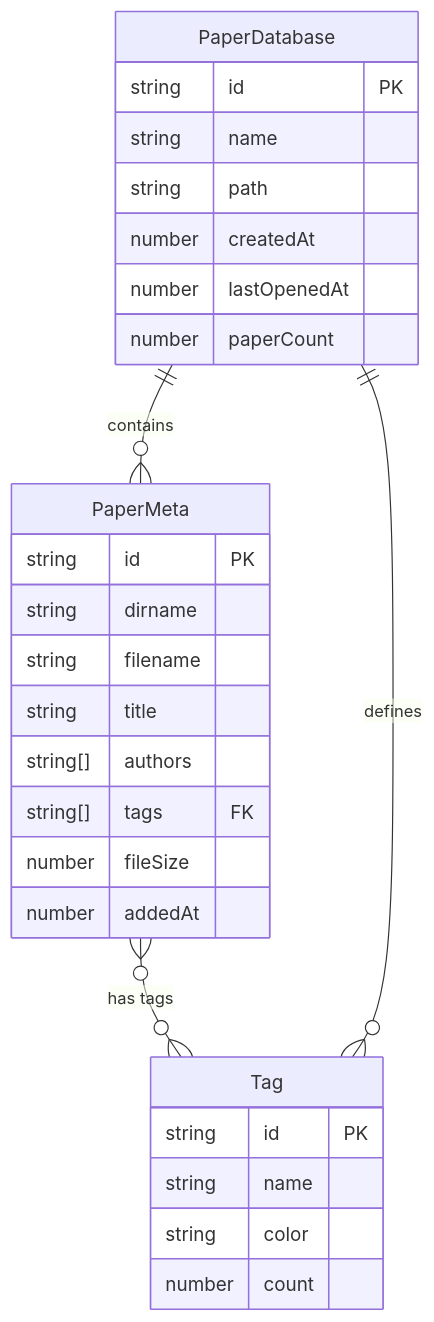
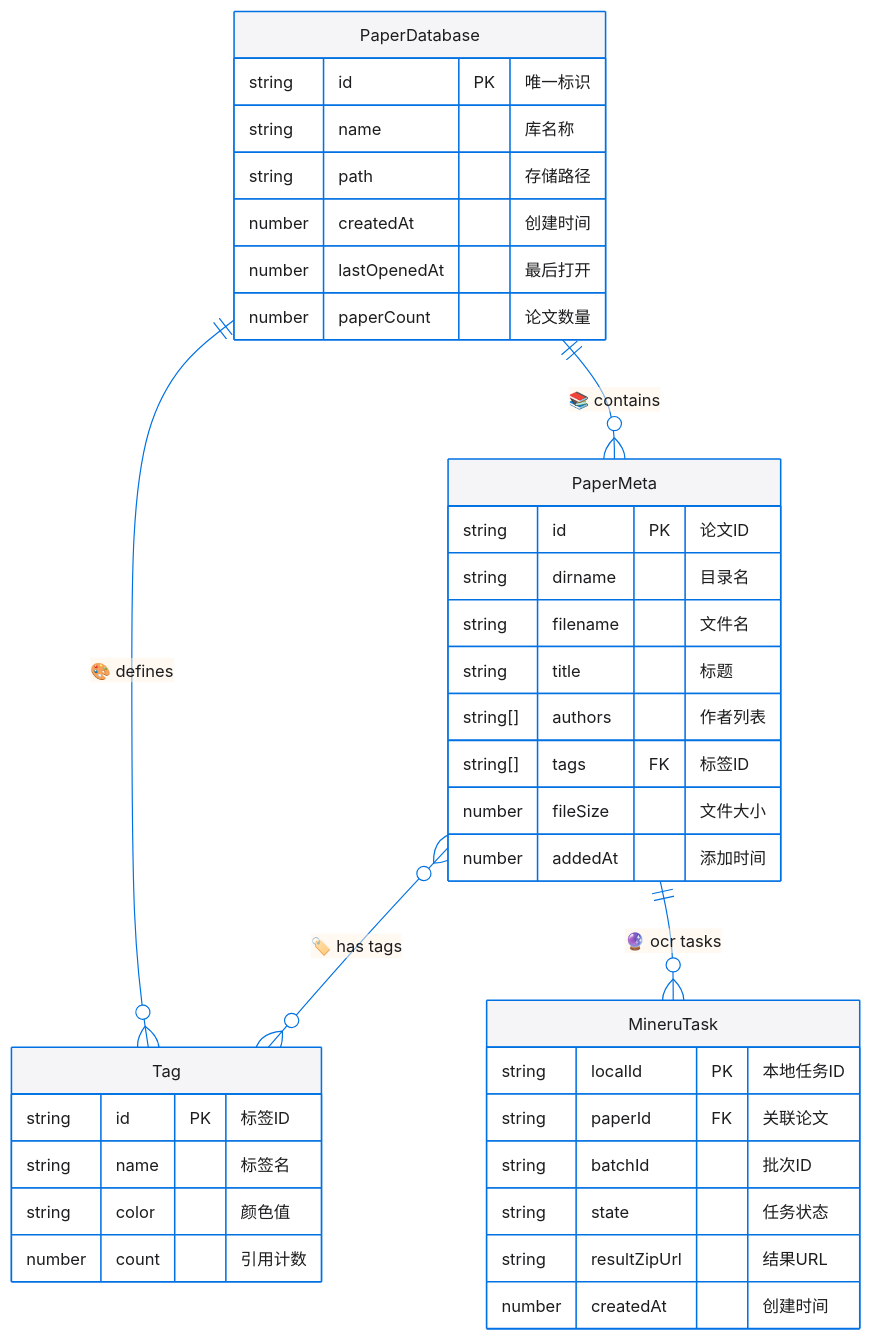
The third of 13 diagrams in docs/Wiki/wiki.md (zhaowendao2005/Prisim-PaperLib---ProjectFolder), drawn with Mermaid before and after one commit. The commit also changed other lines of this file and 2 other files, not shown here.

First line of the commit message:
集成 MinerU OCR 功能,新增任务管理和进度监控

````diff
--- a/docs/Wiki/wiki.md
+++ b/docs/Wiki/wiki.md
@@ -241,33 +414,44 @@
 ```mermaid
+%%{init: {'theme':'base', 'themeVariables': { 'primaryColor':'#f5f5f7','primaryTextColor':'#1d1d1f','primaryBorderColor':'#0071e3','lineColor':'#0071e3','secondaryColor':'#e8f4fd','tertiaryColor':'#fff4e6','fontSize':'14px','fontFamily':'SF Pro Text, -apple-system, sans-serif'}}}%%
 erDiagram
-    PaperDatabase ||--o{ PaperMeta : contains
-    PaperMeta }o--o{ Tag : "has tags"
-    PaperDatabase ||--o{ Tag : defines
+    PaperDatabase ||--o{ PaperMeta : "📚 contains"
+    PaperMeta }o--o{ Tag : "🏷️ has tags"
+    PaperDatabase ||--o{ Tag : "🎨 defines"
+    PaperMeta ||--o{ MineruTask : "🔮 ocr tasks"
     
     PaperDatabase {
-        string id PK
-        string name
-        string path
-        number createdAt
-        number lastOpenedAt
-        number paperCount
+        string id PK "唯一标识"
+        string name "库名称"
+        string path "存储路径"
+        number createdAt "创建时间"
+        number lastOpenedAt "最后打开"
+        number paperCount "论文数量"
     }
     
     PaperMeta {
-        string id PK
-        string dirname
-        string filename
-        string title
-        string[] authors
-        string[] tags FK
-        number fileSize
-        number addedAt
+        string id PK "论文ID"
+        string dirname "目录名"
+        string filename "文件名"
+        string title "标题"
+        string[] authors "作者列表"
+        string[] tags FK "标签ID"
+        number fileSize "文件大小"
+        number addedAt "添加时间"
     }
     
     Tag {
-        string id PK
-        string name
-        string color
-        number count
+        string id PK "标签ID"
+        string name "标签名"
+        string color "颜色值"
+        number count "引用计数"
+    }
+    
+    MineruTask {
+        string localId PK "本地任务ID"
+        string paperId FK "关联论文"
+        string batchId "批次ID"
+        string state "任务状态"
+        string resultZipUrl "结果URL"
+        number createdAt "创建时间"
     }
 ```
````
